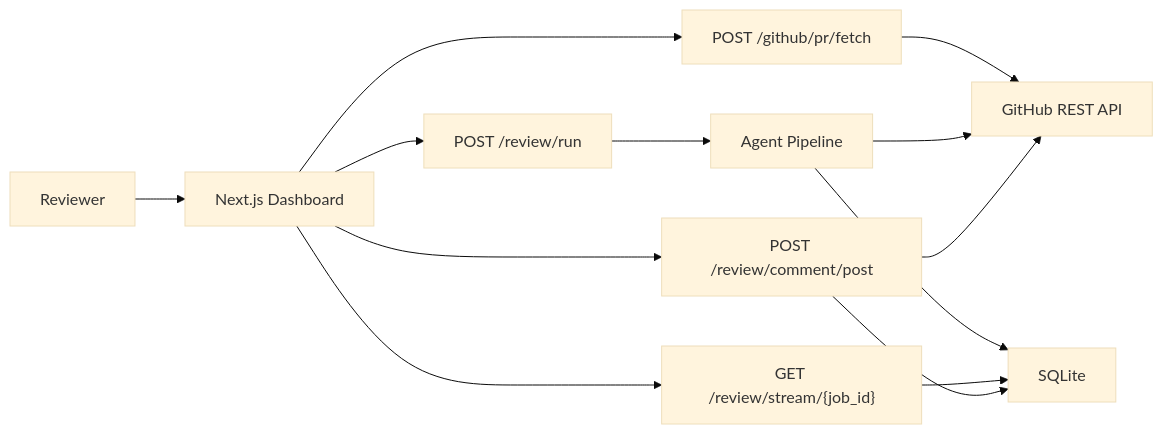
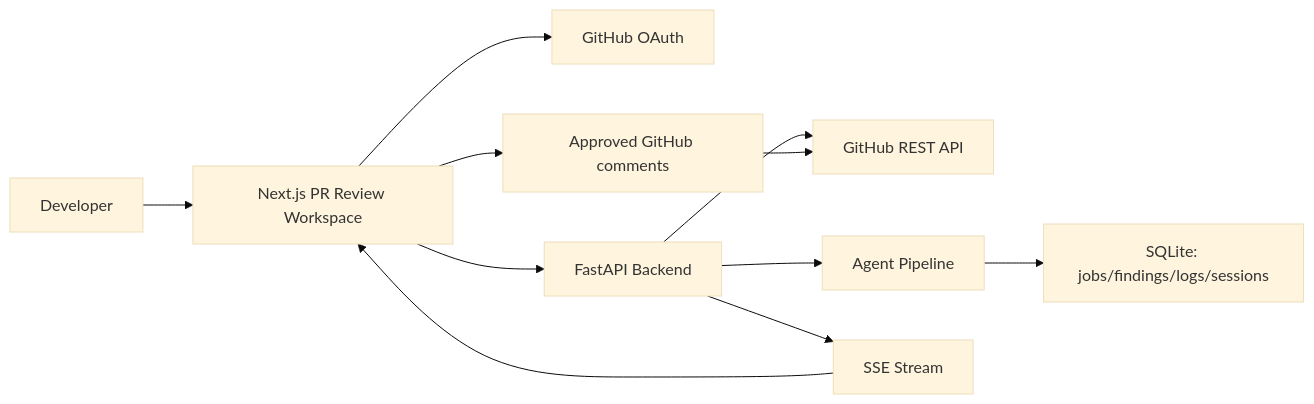
The diagram in README.md (VEDANTDHAVAN/Agentic-Code-Review-Assistant), drawn with Mermaid (base theme) before and after one commit. The commit also changed other lines of this file and 37 other files, not shown here.

First line of the commit message:
feat: implement GitHub OAuth authentication and integrate with Clerk

````diff
--- a/README.md
+++ b/README.md
@@ -31,15 +28,13 @@
 ```mermaid
 flowchart LR
-  User["Reviewer"] --> UI["Next.js Dashboard"]
-  UI --> Fetch["POST /github/pr/fetch"]
-  UI --> Run["POST /review/run"]
-  UI --> Stream["GET /review/stream/{job_id}"]
-  UI --> Post["POST /review/comment/post"]
-  Fetch --> GitHub["GitHub REST API"]
-  Run --> Pipeline["Agent Pipeline"]
-  Pipeline --> GitHub
-  Pipeline --> DB["SQLite"]
-  Stream --> DB
-  Post --> DB
-  Post --> GitHub
+  User["Developer"] --> FE["Next.js PR Review Workspace"]
+  FE --> Auth["GitHub OAuth"]
+  FE --> API["FastAPI Backend"]
+  API --> GitHub["GitHub REST API"]
+  API --> Agents["Agent Pipeline"]
+  Agents --> DB["SQLite: jobs/findings/logs/sessions"]
+  API --> SSE["SSE Stream"]
+  SSE --> FE
+  FE --> Comments["Approved GitHub comments"]
+  Comments --> GitHub
 ```
````
